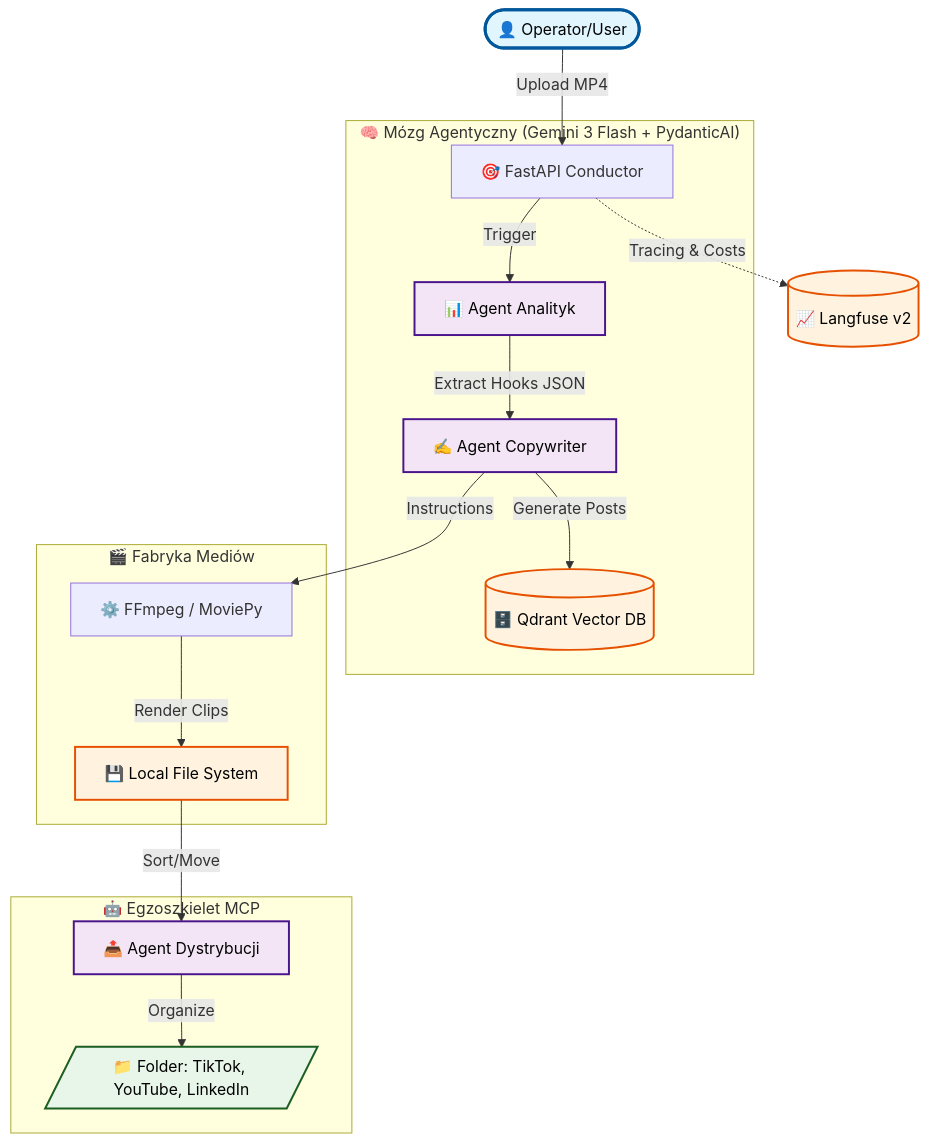
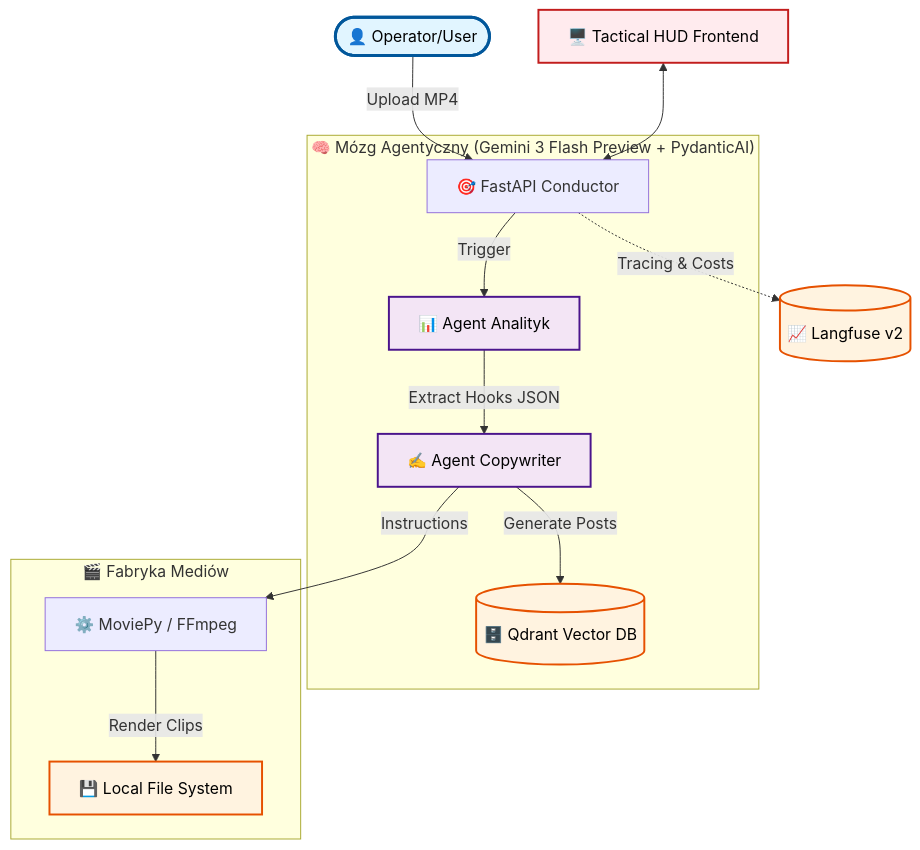
Before and after one commit to takzen/omni-operator-v1: the diagram in README.md, drawn with Mermaid. The commit also changed other lines of this file and 25 other files, not shown here.

Commit message:
feat: release v1.0.0 - Stable Tactical HUD & Gemini 3 Flash Preview Integration

````diff
--- a/README.md
+++ b/README.md
@@ -42,32 +40,28 @@
 ```mermaid
 graph TD
     User([👤 Operator/User]) -->|Upload MP4| API[🎯 FastAPI Conductor]
+    UI[🖥️ Tactical HUD Frontend] <--> API
 
-    subgraph Brain["🧠 Mózg Agentyczny (Gemini 3 Flash + PydanticAI)"]
+    subgraph Brain["🧠 Mózg Agentyczny (Gemini 3 Flash Preview + PydanticAI)"]
         API -->|Trigger| Analyst[📊 Agent Analityk]
         Analyst -->|Extract Hooks JSON| Copywriter[✍️ Agent Copywriter]
         Copywriter -->|Generate Posts| Memory[(🗄️ Qdrant Vector DB)]
     end
 
     subgraph Factory["🎬 Fabryka Mediów"]
-        Copywriter -->|Instructions| VideoEngine[⚙️ FFmpeg / MoviePy]
+        Copywriter -->|Instructions| VideoEngine[⚙️ MoviePy / FFmpeg]
         VideoEngine -->|Render Clips| Storage[💾 Local File System]
-    end
-
-    subgraph MCP["🤖 Egzoszkielet MCP"]
-        Storage -->|Sort/Move| Dispatcher[📤 Agent Dystrybucji]
-        Dispatcher -->|Organize| FinalOutput[/📁 Folder: TikTok, YouTube, LinkedIn/]
     end
 
     API -.->|Tracing & Costs| Langfuse[(📈 Langfuse v2)]
 
     classDef userNode fill:#e1f5ff,stroke:#01579b,stroke-width:3px,color:#000
+    classDef uiNode fill:#ffebee,stroke:#c21d1d,stroke-width:2px,color:#000
     classDef agentNode fill:#f3e5f5,stroke:#4a148c,stroke-width:2px,color:#000
     classDef storageNode fill:#fff3e0,stroke:#e65100,stroke-width:2px,color:#000
-    classDef outputNode fill:#e8f5e9,stroke:#1b5e20,stroke-width:2px,color:#000
 
     class User userNode
-    class Analyst,Copywriter,Dispatcher agentNode
+    class UI uiNode
+    class Analyst,Copywriter agentNode
     class Memory,Storage,Langfuse storageNode
-    class FinalOutput outputNode
 ```
````
